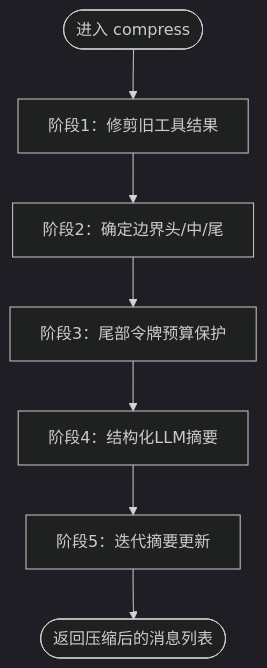
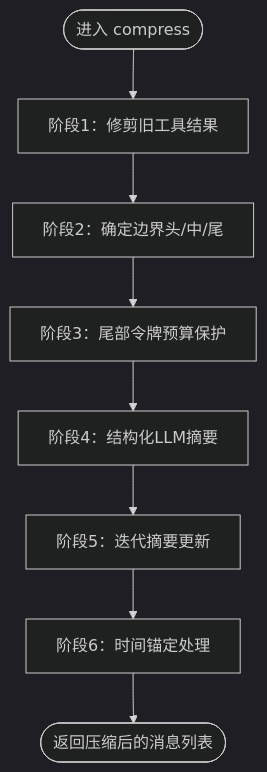
Before and after one commit to haolange/hermes-agent: the third of 4 diagrams in .qoder/repowiki/zh/content/记忆和上下文管理/上下文处理/上下文压缩算法.md, drawn with Mermaid (dark theme). The commit also changed other lines of this file and 5 other files, not shown here.

````diff
--- a/.qoder/repowiki/zh/content/记忆和上下文管理/上下文处理/上下文压缩算法.md
+++ b/.qoder/repowiki/zh/content/记忆和上下文管理/上下文处理/上下文压缩算法.md
@@ -145,9 +165,10 @@
 ```mermaid
 flowchart TD
 Start(["进入 compress"]) --> Prune["阶段1：修剪旧工具结果"]
 Prune --> Bound["阶段2：确定边界头/中/尾"]
 Bound --> TailBudget["阶段3：尾部令牌预算保护"]
 TailBudget --> Summarize["阶段4：结构化LLM摘要"]
 Summarize --> Iterate["阶段5：迭代摘要更新"]
-Iterate --> End(["返回压缩后的消息列表"])
+Iterate --> Temporal["阶段6：时间锚定处理"]
+Temporal --> End(["返回压缩后的消息列表"])
 ```
````
